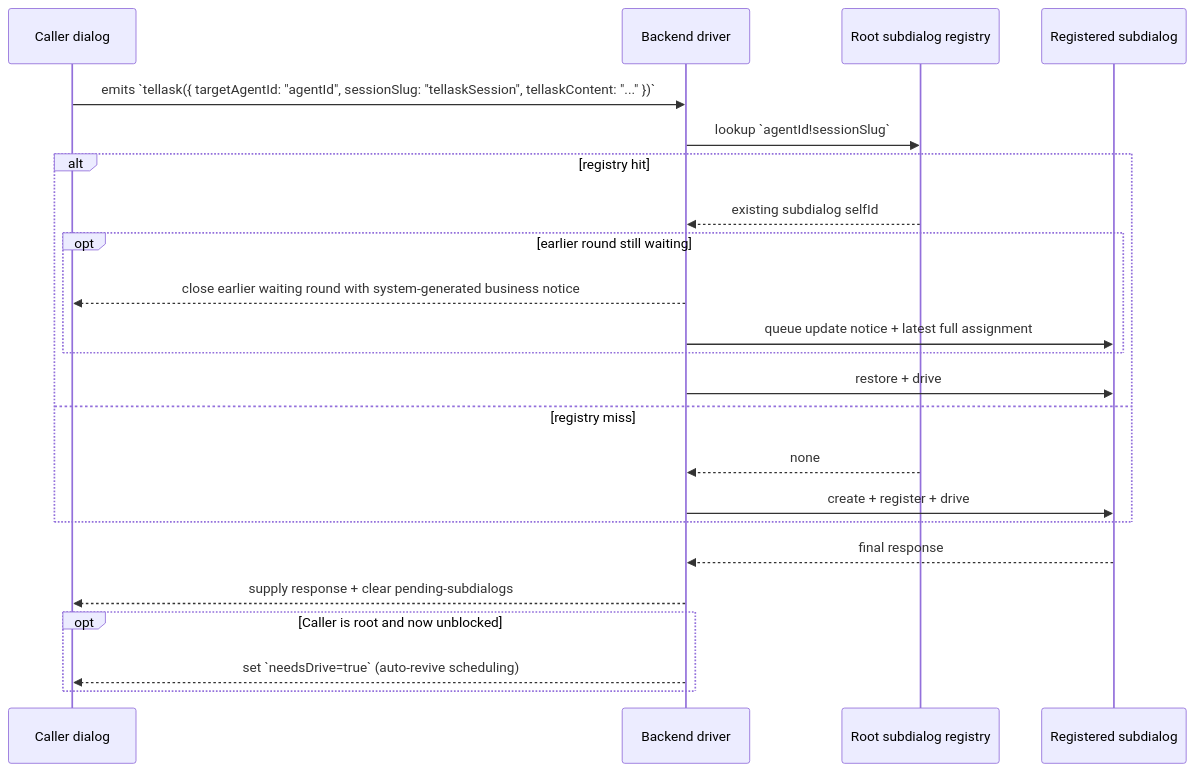
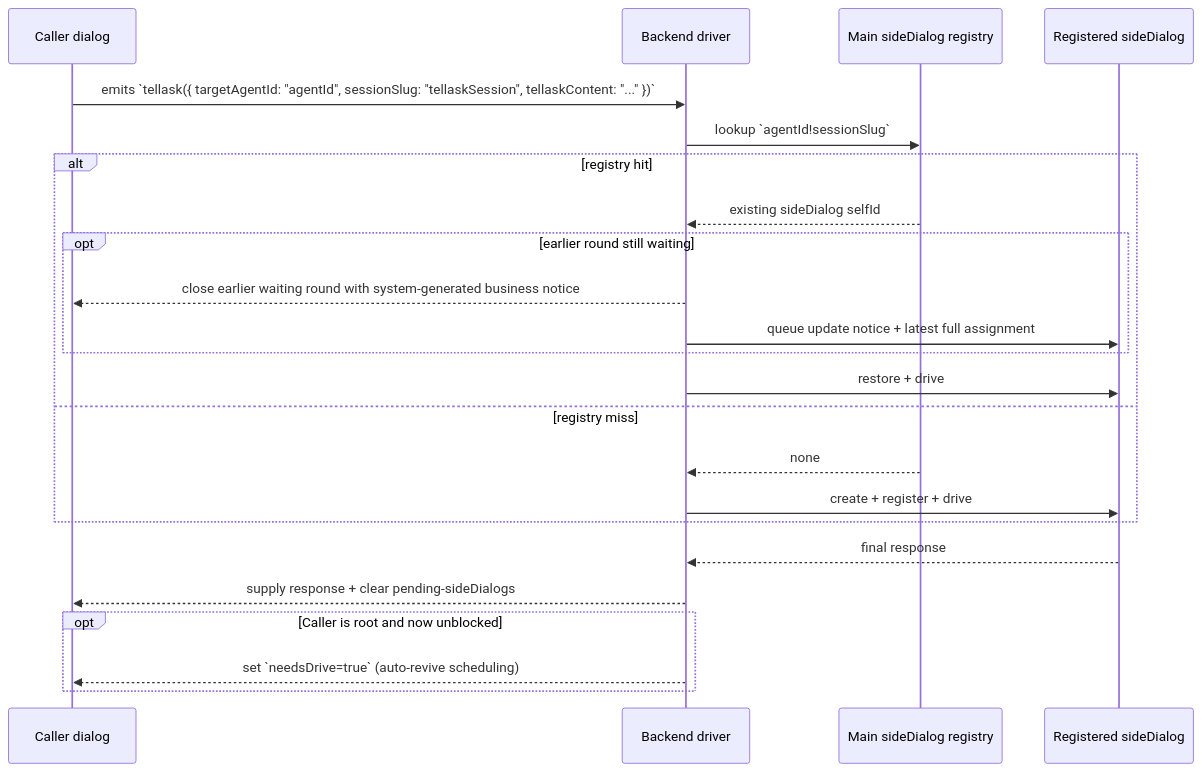
Diagram 12 of 18 in docs/dialog-system.md (longrun-ai/dominds), drawn with Mermaid before and after one commit. The commit also changed other lines of this file and 195 other files, not shown here.

````diff
--- a/docs/dialog-system.md
+++ b/docs/dialog-system.md
@@ -1277,26 +1279,26 @@
 ```mermaid
 sequenceDiagram
   participant Caller as Caller dialog
   participant Driver as Backend driver
-  participant Reg as Root subdialog registry
-  participant Sub as Registered subdialog
+  participant Reg as Main sideDialog registry
+  participant Side as Registered sideDialog
 
   Caller->>Driver: emits `tellask({ targetAgentId: "agentId", sessionSlug: "tellaskSession", tellaskContent: "..." })`
   Driver->>Reg: lookup `agentId!sessionSlug`
   alt registry hit
-    Reg-->>Driver: existing subdialog selfId
+    Reg-->>Driver: existing sideDialog selfId
     opt earlier round still waiting
       Driver-->>Caller: close earlier waiting round with system-generated business notice
-      Driver->>Sub: queue update notice + latest full assignment
+      Driver->>Side: queue update notice + latest full assignment
     end
-    Driver->>Sub: restore + drive
+    Driver->>Side: restore + drive
   else registry miss
     Reg-->>Driver: none
-    Driver->>Sub: create + register + drive
+    Driver->>Side: create + register + drive
   end
-  Sub-->>Driver: final response
-  Driver-->>Caller: supply response + clear pending-subdialogs
+  Side-->>Driver: final response
+  Driver-->>Caller: supply response + clear pending-sideDialogs
   opt Caller is root and now unblocked
     Driver-->>Caller: set `needsDrive=true` (auto-revive scheduling)
   end
 ```
````
